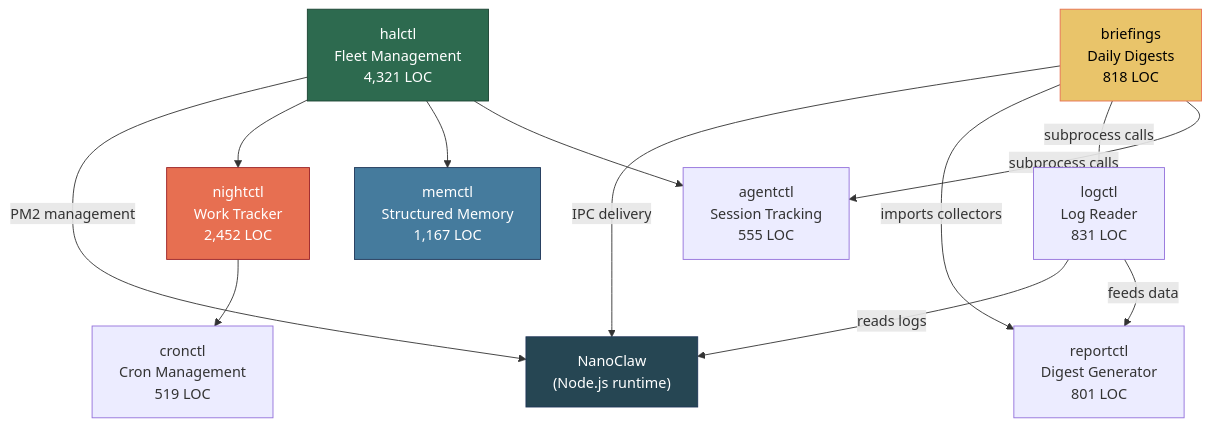
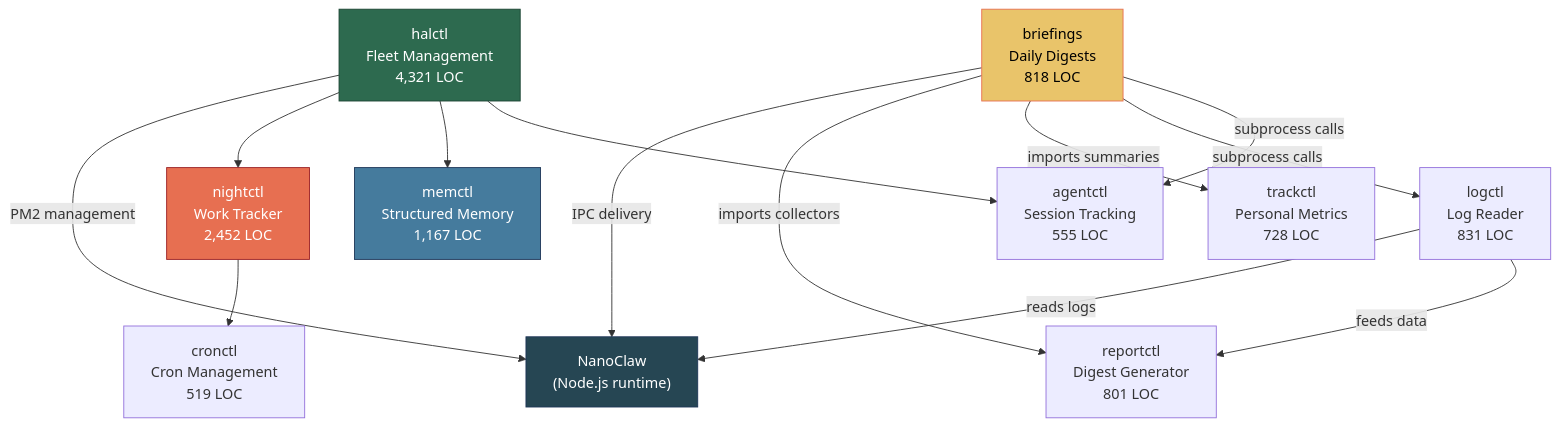
The first of 4 diagrams in docs/d1/walkthrough/009-halos-ecosystem.md (rickhallett/halo), drawn with Mermaid before and after one commit. The commit also changed other lines of this file and 10 other files, not shown here.

First line of the commit message:
docs: walkthrough drift audit + system schematic in CLAUDE.md

````diff
--- a/docs/d1/walkthrough/009-halos-ecosystem.md
+++ b/docs/d1/walkthrough/009-halos-ecosystem.md
@@ -37,34 +38,36 @@
 ```mermaid
 flowchart TD
     runtime["NanoClaw<br/>(Node.js runtime)"]
 
     halctl["halctl<br/>Fleet Management<br/>4,321 LOC"]
     briefings["briefings<br/>Daily Digests<br/>818 LOC"]
     logctl["logctl<br/>Log Reader<br/>831 LOC"]
     reportctl["reportctl<br/>Digest Generator<br/>801 LOC"]
     nightctl["nightctl<br/>Work Tracker<br/>2,452 LOC"]
     memctl["memctl<br/>Structured Memory<br/>1,167 LOC"]
     agentctl["agentctl<br/>Session Tracking<br/>555 LOC"]
     cronctl["cronctl<br/>Cron Management<br/>519 LOC"]
+    trackctl["trackctl<br/>Personal Metrics<br/>728 LOC"]
 
     halctl -- "PM2 management" --> runtime
     briefings -- "IPC delivery" --> runtime
     logctl -- "reads logs" --> runtime
 
     briefings -- "imports collectors" --> reportctl
     logctl -- "feeds data" --> reportctl
 
     halctl --> nightctl
     halctl --> memctl
     halctl --> agentctl
     nightctl --> cronctl
+    briefings -- "imports summaries" --> trackctl
 
     briefings -- "subprocess calls" --> logctl
     briefings -- "subprocess calls" --> agentctl
 
     style runtime fill:#264653,stroke:#1d3557,color:#fff
     style halctl fill:#2d6a4f,stroke:#1b4332,color:#fff
     style nightctl fill:#e76f51,stroke:#9b2226,color:#fff
     style briefings fill:#e9c46a,stroke:#e76f51,color:#000
     style memctl fill:#457b9d,stroke:#1d3557,color:#fff
 ```
````
